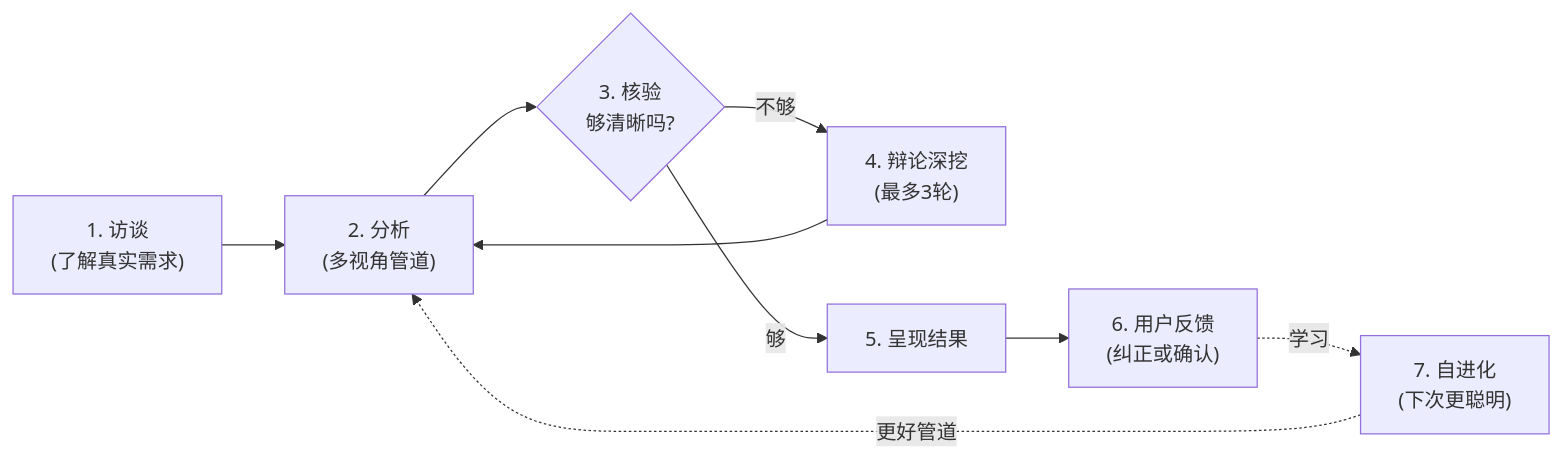
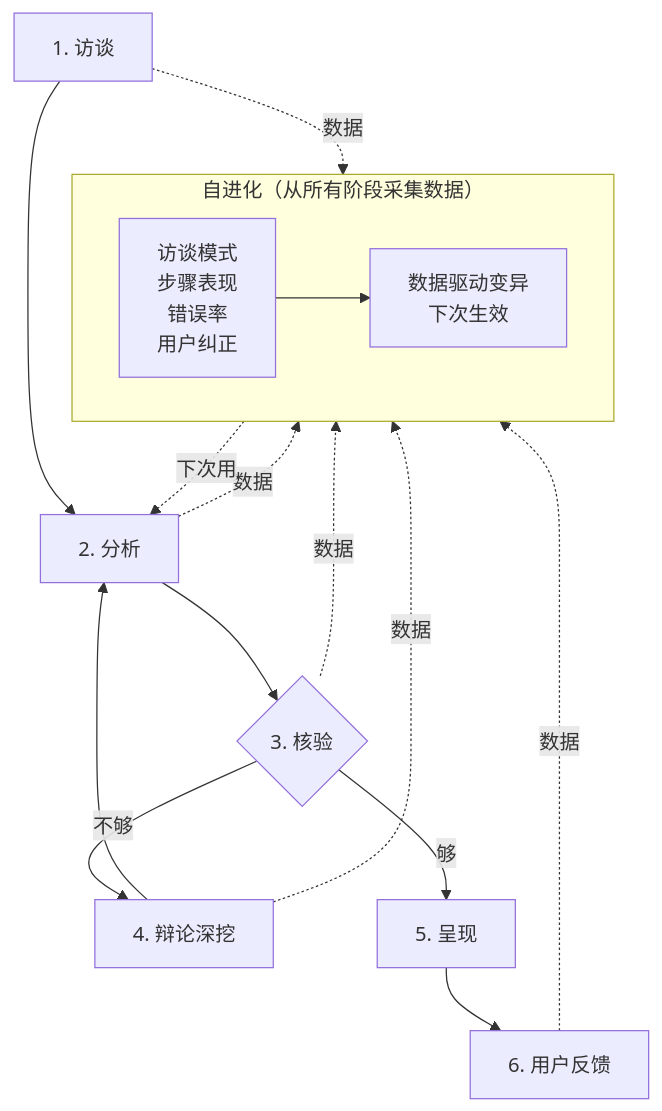
The diagram in README_CN.md (ljjluke/ponder-skill), drawn with Mermaid before and after one commit. The commit also changed 1 other file, not shown here.

Commit message:
docs: 架构图修正 — 自进化是全程容器不是第7步
旧: 自进化是最后一步(编号7)
新: 自进化框包裹全流程, 所有阶段→数据输入→进化→下次用

````diff
--- a/README_CN.md
+++ b/README_CN.md
@@ -39,11 +39,21 @@
 ```mermaid
-flowchart LR
-    A["1. 访谈<br/>(了解真实需求)"] --> B["2. 分析<br/>(多视角管道)"]
-    B --> C{"3. 核验<br/>够清晰吗?"}
-    C -->|不够| D["4. 辩论深挖<br/>(最多3轮)"]
+flowchart TB
+    subgraph SE["自进化（从所有阶段采集数据）"]
+        direction LR
+        SE_IN["访谈模式<br/>步骤表现<br/>错误率<br/>用户纠正"] --> SE_OUT["数据驱动变异<br/>下次生效"]
+    end
+
+    A["1. 访谈"] --> B["2. 分析"]
+    B --> C{"3. 核验"}
+    C -->|不够| D["4. 辩论深挖"]
     D --> B
-    C -->|够| E["5. 呈现结果"]
-    E --> F["6. 用户反馈<br/>(纠正或确认)"]
-    F -.->|学习| G["7. 自进化<br/>(下次更聪明)"]
-    G -.->|更好管道| B
+    C -->|够| E["5. 呈现"]
+    E --> F["6. 用户反馈"]
+
+    A -.->|数据| SE_IN
+    B -.->|数据| SE_IN
+    C -.->|数据| SE_IN
+    D -.->|数据| SE_IN
+    F -.->|数据| SE_IN
+    SE_OUT -.->|下次用| B
 ```
````
